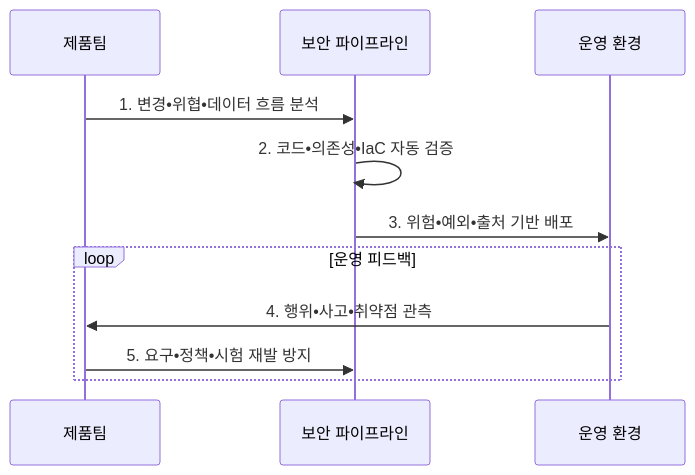
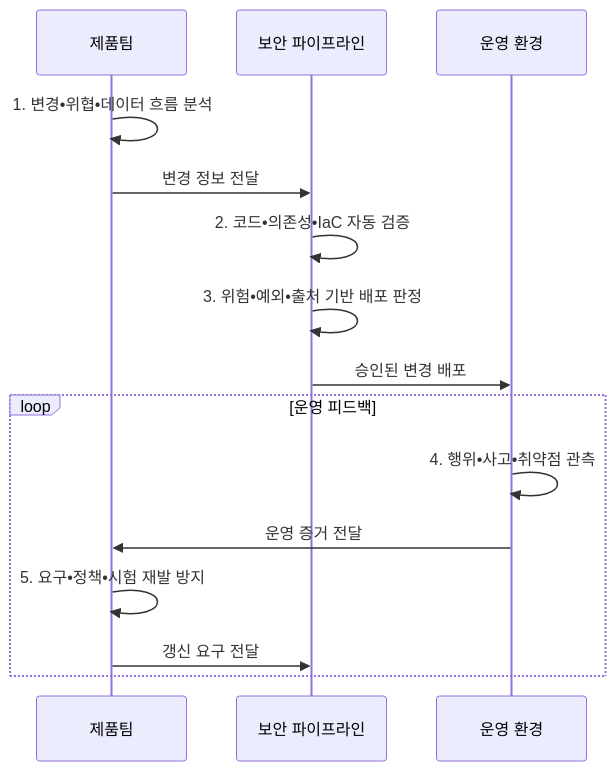
The second of 2 diagrams in src/content/docs/notes/05-security/144_devsecops_shift_left.md (agnusdei1207/knowledge-base), drawn with Mermaid before and after one commit. The commit also changed other lines of this file and 6 other files, not shown here.

````diff
--- a/src/content/docs/notes/05-security/144_devsecops_shift_left.md
+++ b/src/content/docs/notes/05-security/144_devsecops_shift_left.md
@@ -104,13 +104,17 @@
 ```mermaid
 sequenceDiagram
   participant T as 제품팀
   participant P as 보안 파이프라인
   participant O as 운영 환경
-  T->>P: 1. 변경•위협•데이터 흐름 분석
+  T->>T: 1. 변경•위협•데이터 흐름 분석
+  T->>P: 변경 정보 전달
   P->>P: 2. 코드•의존성•IaC 자동 검증
-  P->>O: 3. 위험•예외•출처 기반 배포
+  P->>P: 3. 위험•예외•출처 기반 배포 판정
+  P->>O: 승인된 변경 배포
   loop 운영 피드백
-    O->>T: 4. 행위•사고•취약점 관측
-    T->>P: 5. 요구•정책•시험 재발 방지
+    O->>O: 4. 행위•사고•취약점 관측
+    O->>T: 운영 증거 전달
+    T->>T: 5. 요구•정책•시험 재발 방지
+    T->>P: 갱신 요구 전달
   end
 ```
````
